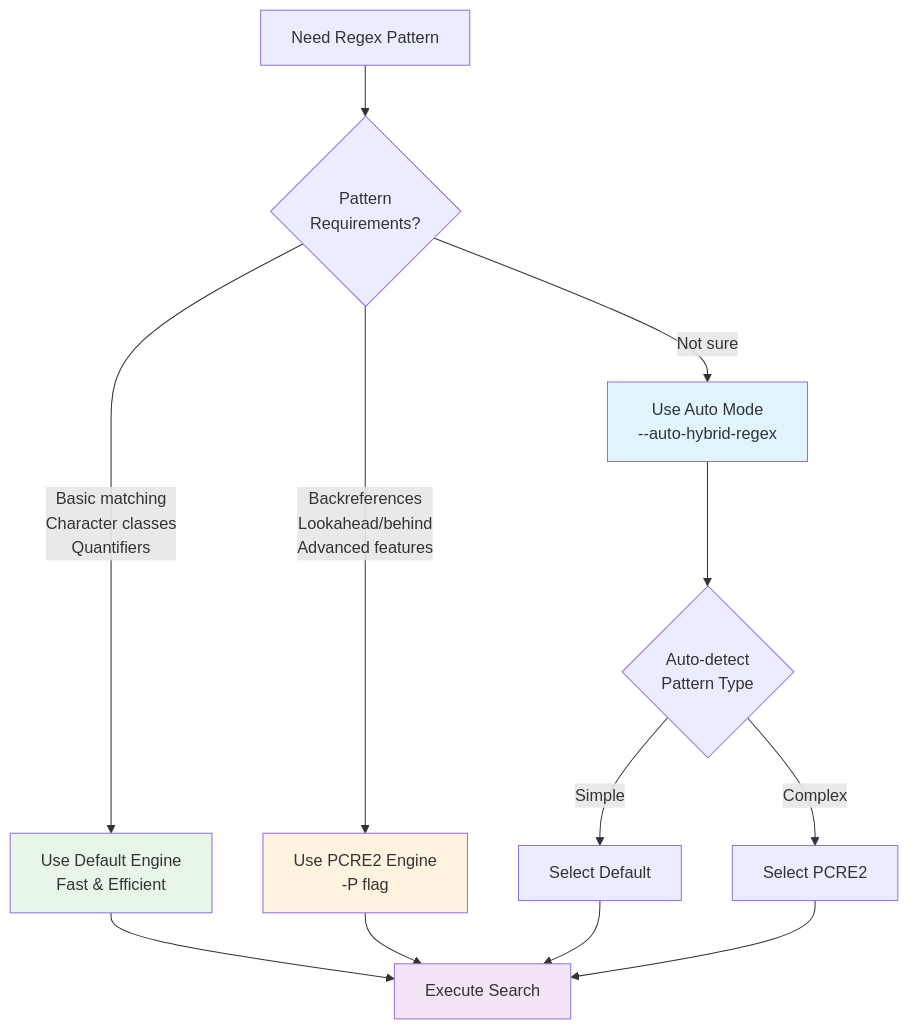
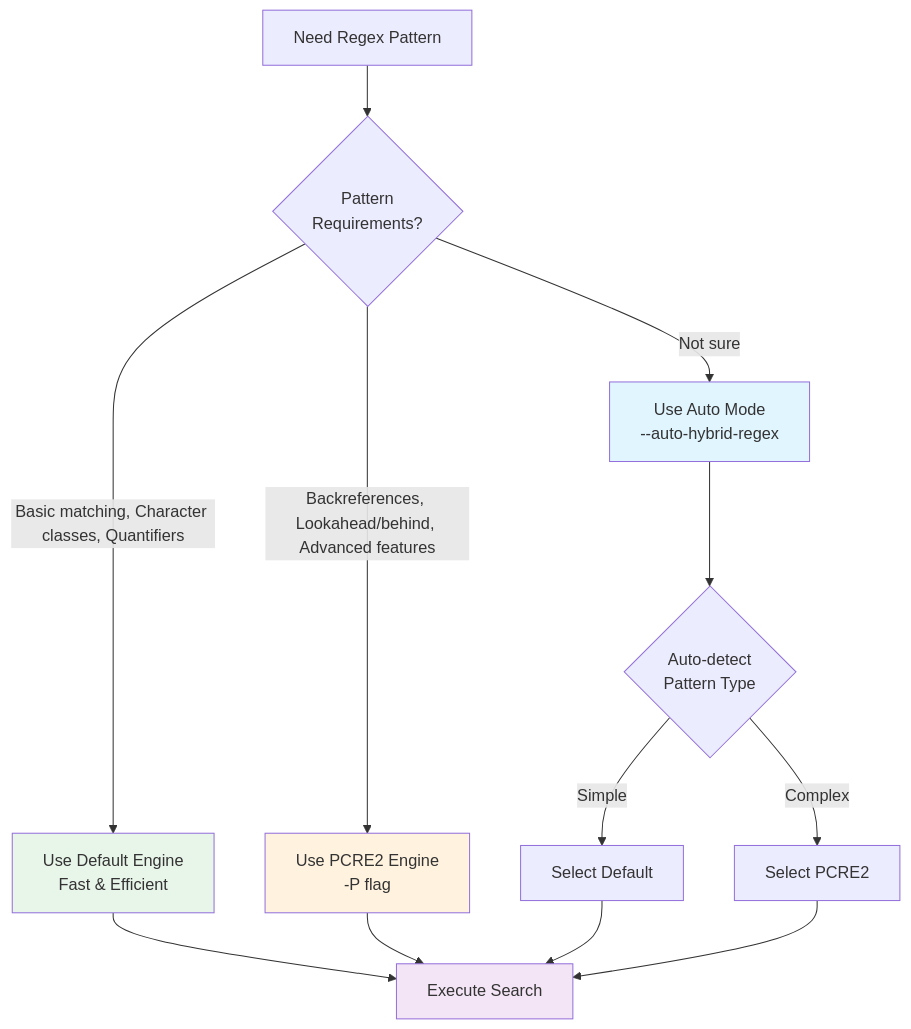
The diagram in docs/basics/regex-basics.md (iepathos/ripgrep), drawn with Mermaid before and after one commit. The commit also changed 10 other files, not shown here.

First line of the commit message:
fix: replace all <br/> tags with proper multi-line syntax in Mermaid diagrams

````diff
--- a/docs/basics/regex-basics.md
+++ b/docs/basics/regex-basics.md
@@ -191,24 +191,26 @@
 ```mermaid
 flowchart TD
     Start[Need Regex Pattern] --> Check{"Pattern
 Requirements?"}
 
-    Check -->|Basic matching<br/>Character classes<br/>Quantifiers| Default["Use Default Engine<br/>Fast &amp; Efficient"]
-    Check -->|Backreferences<br/>Lookahead/behind<br/>Advanced features| PCRE["Use PCRE2 Engine<br/>-P flag"]
+    Check -->|Basic matching, Character classes, Quantifiers| Default["Use Default Engine
+Fast &amp; Efficient"]
+    Check -->|Backreferences, Lookahead/behind, Advanced features| PCRE["Use PCRE2 Engine
+-P flag"]
     Check -->|Not sure| Auto["Use Auto Mode
 --auto-hybrid-regex"]
 
     Default --> Search[Execute Search]
     PCRE --> Search
     Auto --> Detect{"Auto-detect
 Pattern Type"}
     Detect -->|Simple| UseDefault[Select Default]
     Detect -->|Complex| UsePCRE[Select PCRE2]
     UseDefault --> Search
     UsePCRE --> Search
 
     style Default fill:#e8f5e9
     style PCRE fill:#fff3e0
     style Auto fill:#e1f5ff
     style Search fill:#f3e5f5
 ```
````
